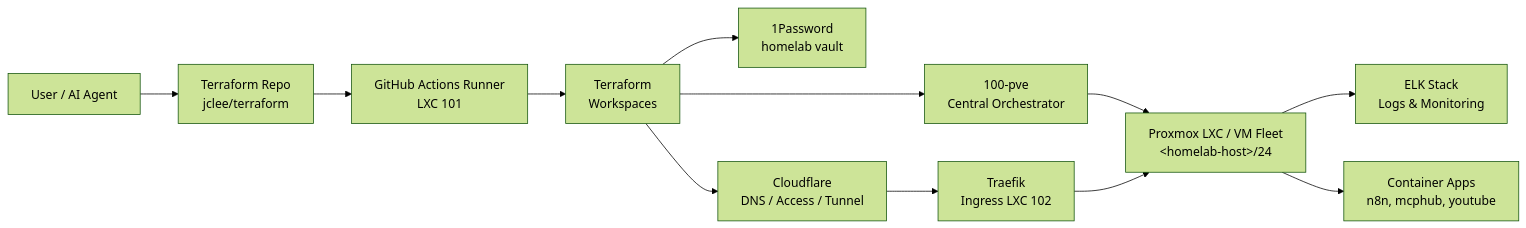
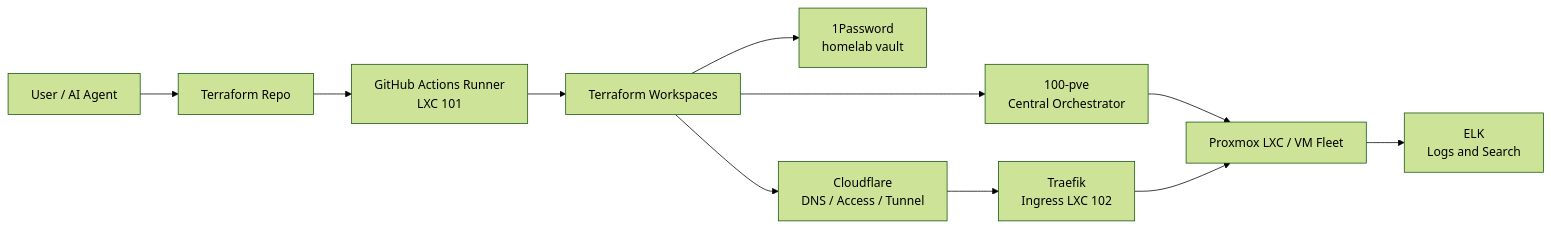
One commit to jclee941/terraform changed the first of 2 diagrams in README.md. Above: the diagram before and after it, drawn with Mermaid (forest theme). The commit also changed other lines of this file, not shown here.

````diff
--- a/README.md
+++ b/README.md
@@ -58,14 +68,13 @@
 ```mermaid
 flowchart LR
-    Agent["User / AI Agent"] --> Repo["Terraform Repo<br/>jclee/terraform"]
+    Agent["User / AI Agent"] --> Repo["Terraform Repo"]
     Repo --> CI["GitHub Actions Runner<br/>LXC 101"]
-    CI --> TF["Terraform<br/>Workspaces"]
+    CI --> TF["Terraform Workspaces"]
     TF --> PVE["100-pve<br/>Central Orchestrator"]
-    PVE --> Fleet["Proxmox LXC / VM Fleet<br/>&lt;homelab-host&gt;/24"]
+    PVE --> Fleet["Proxmox LXC / VM Fleet"]
     TF --> OP["1Password<br/>homelab vault"]
     TF --> CF["Cloudflare<br/>DNS / Access / Tunnel"]
-    Fleet --> ELK["ELK Stack<br/>Logs & Monitoring"]
+    Fleet --> ELK["ELK<br/>Logs and Search"]
     CF --> Traefik["Traefik<br/>Ingress LXC 102"]
     Traefik --> Fleet
-    Fleet --> Apps["Container Apps<br/>n8n, mcphub, youtube"]
 ```
````
